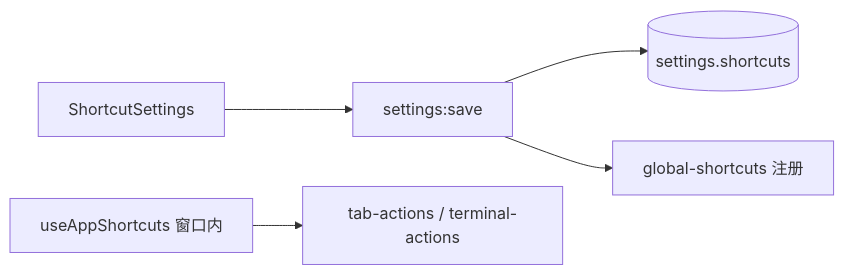
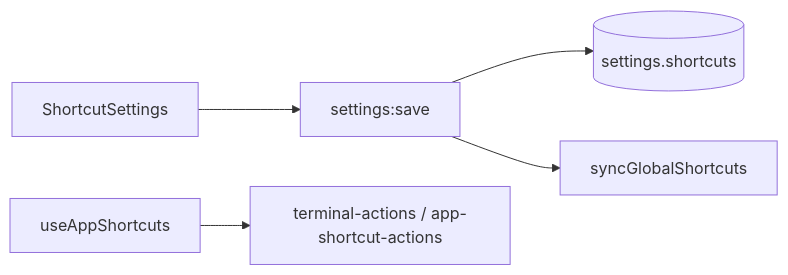
The first of 3 diagrams in docs/功能快捷键.md (Landers1037/NioZy), drawn with Mermaid before and after one commit. The commit also changed other lines of this file and 1 other file, not shown here.

First line of the commit message:
docs(shortcuts): expand global hotkey and screenshot documentation

````diff
--- a/docs/功能快捷键.md
+++ b/docs/功能快捷键.md
@@ -22,12 +47,12 @@
 ```mermaid
 flowchart LR
   UI["ShortcutSettings"]
   Disk[("settings.shortcuts")]
   Save["settings:save"]
-  GS["global-shortcuts 注册"]
-  Hook["useAppShortcuts 窗口内"]
+  GS["syncGlobalShortcuts"]
+  Hook["useAppShortcuts"]
 
   UI --> Save --> Disk
   Save --> GS
-  Hook --> Actions["tab-actions / terminal-actions"]
+  Hook --> Actions["terminal-actions / app-shortcut-actions"]
 ```
````
